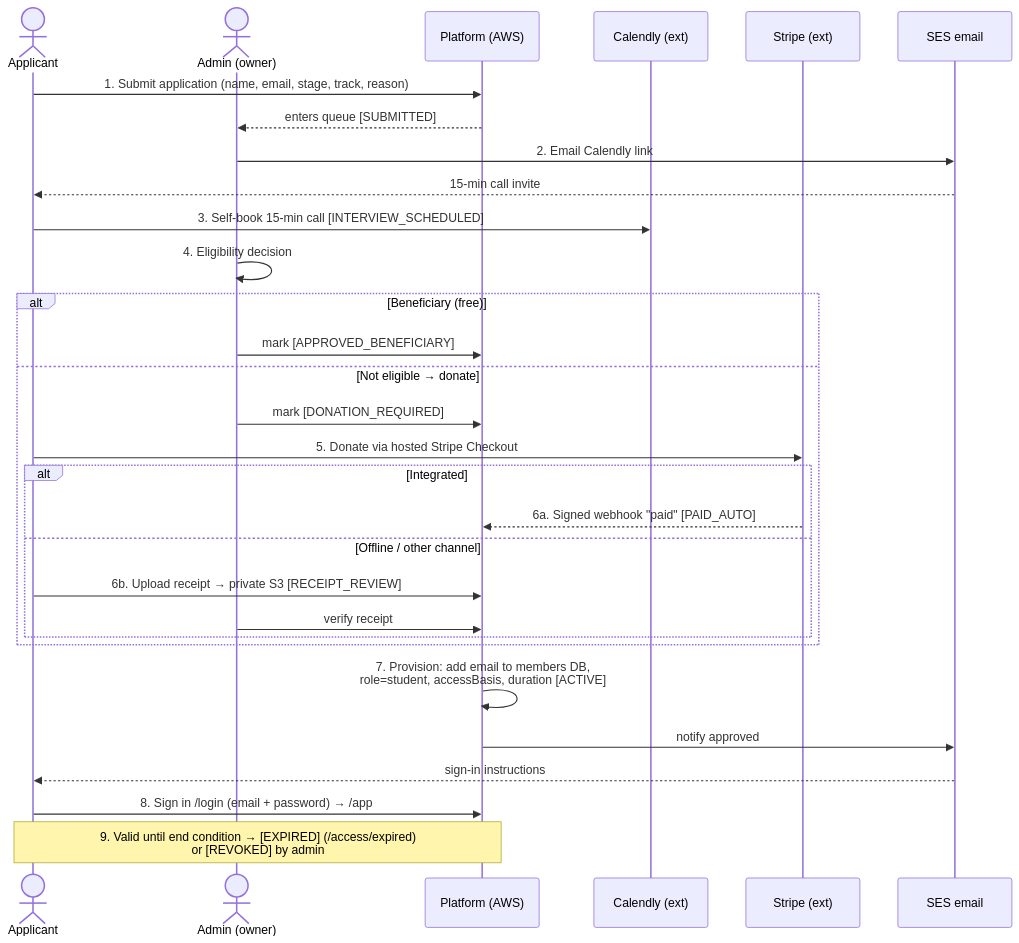
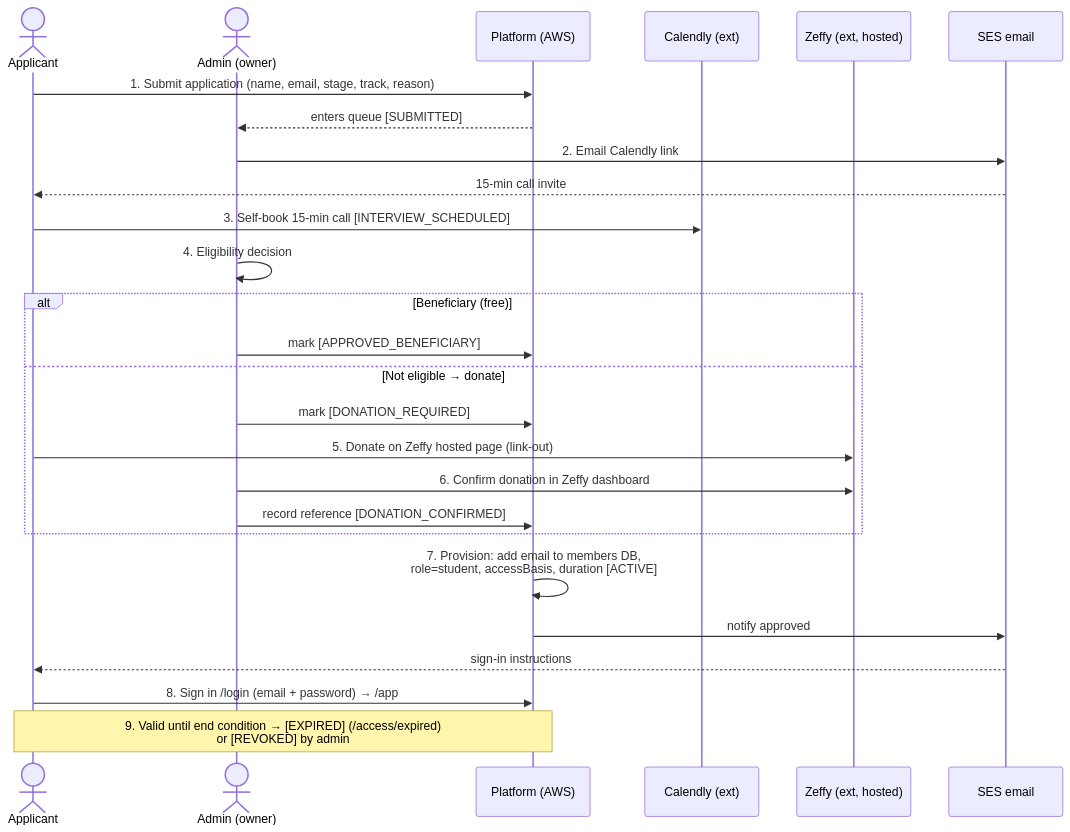
The third of 3 diagrams in docs/Customer-Journey.md (tccao/stem-career-path-ai-era), drawn with Mermaid before and after one commit. The commit also changed other lines of this file and 7 other files, not shown here.

Commit message:
refactor: decouple donation flow from Stripe to Zeffy for launch and initialize platform documentation suite

````diff
--- a/docs/Customer-Journey.md
+++ b/docs/Customer-Journey.md
@@ -172,35 +183,31 @@
 ```mermaid
 sequenceDiagram
     actor A as Applicant
     actor Ad as Admin (owner)
     participant Sys as Platform (AWS)
     participant Cal as Calendly (ext)
-    participant Pay as Stripe (ext)
+    participant Pay as Zeffy (ext, hosted)
     participant Mail as SES email
 
     A->>Sys: 1. Submit application (name, email, stage, track, reason)
     Sys-->>Ad: enters queue [SUBMITTED]
     Ad->>Mail: 2. Email Calendly link
     Mail-->>A: 15-min call invite
     A->>Cal: 3. Self-book 15-min call [INTERVIEW_SCHEDULED]
     Ad->>Ad: 4. Eligibility decision
 
     alt Beneficiary (free)
         Ad->>Sys: mark [APPROVED_BENEFICIARY]
     else Not eligible → donate
         Ad->>Sys: mark [DONATION_REQUIRED]
-        A->>Pay: 5. Donate via hosted Stripe Checkout
-        alt Integrated
-            Pay-->>Sys: 6a. Signed webhook "paid" [PAID_AUTO]
-        else Offline / other channel
-            A->>Sys: 6b. Upload receipt → private S3 [RECEIPT_REVIEW]
-            Ad->>Sys: verify receipt
-        end
+        A->>Pay: 5. Donate on Zeffy hosted page (link-out)
+        Ad->>Pay: 6. Confirm donation in Zeffy dashboard
+        Ad->>Sys: record reference [DONATION_CONFIRMED]
     end
 
     Sys->>Sys: 7. Provision: add email to members DB,<br/>role=student, accessBasis, duration [ACTIVE]
     Sys->>Mail: notify approved
     Mail-->>A: sign-in instructions
     A->>Sys: 8. Sign in /login (email + password) → /app
     Note over A,Sys: 9. Valid until end condition → [EXPIRED] (/access/expired)<br/>or [REVOKED] by admin
 ```
````
